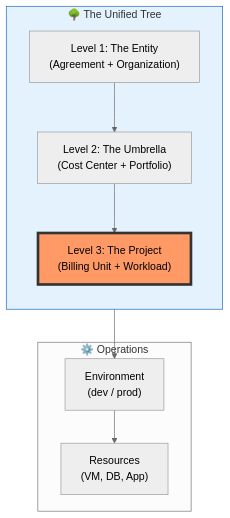
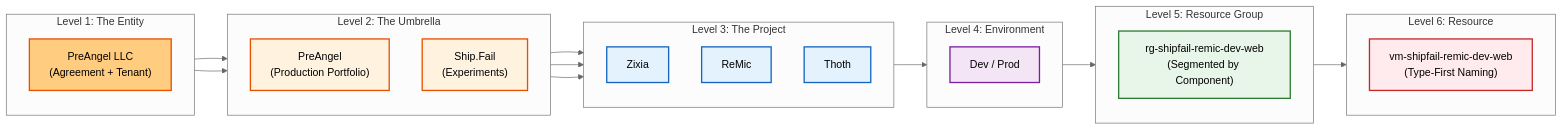
Before and after one commit to wechaty/jekyll: the diagram in jekyll/_posts/2025-11-29-ship-fail-azure-naming-playbook.md, drawn with Mermaid (neutral theme).

Commit message:
docs: update Mermaid diagram for Unified Tree playbook to enhance clarity and structure

````diff
--- a/jekyll/_posts/2025-11-29-ship-fail-azure-naming-playbook.md
+++ b/jekyll/_posts/2025-11-29-ship-fail-azure-naming-playbook.md
@@ -36,22 +36,53 @@
 ```mermaid
-graph TD
-    subgraph Unified_Tree ["🌳 The Unified Tree"]
+graph LR
+    %% Styling
+    classDef l1 fill:#ffcc80,stroke:#e65100,stroke-width:2px,color:black
+    classDef l2 fill:#fff3e0,stroke:#e65100,stroke-width:2px,color:black
+    classDef l3 fill:#e3f2fd,stroke:#1565c0,stroke-width:2px,color:black
+    classDef l4 fill:#f3e5f5,stroke:#7b1fa2,stroke-width:2px,color:black
+    classDef l5 fill:#e8f5e9,stroke:#2e7d32,stroke-width:2px,color:black
+    classDef l6 fill:#ffebee,stroke:#c62828,stroke-width:2px,color:black
+
+    subgraph Level1 ["Level 1: The Entity"]
         direction TB
-        Entity["Level 1: The Entity<br/>(Agreement + Organization)"]
-        Umbrella["Level 2: The Umbrella<br/>(Cost Center + Portfolio)"]
-        Project["Level 3: The Project<br/>(Billing Unit + Workload)"]
+        Root["PreAngel LLC<br/>(Agreement + Tenant)"]:::l1
     end
 
-    subgraph Operations ["⚙️ Operations"]
-        Env["Environment<br/>(dev / prod)"]
-        Res["Resources<br/>(VM, DB, App)"]
+    subgraph Level2 ["Level 2: The Umbrella"]
+        direction TB
+        Umb1["PreAngel<br/>(Production Portfolio)"]:::l2
+        Umb2["Ship.Fail<br/>(Experiments)"]:::l2
     end
 
-    Entity --> Umbrella
-    Umbrella --> Project
-    Project --> Env
-    Env --> Res
+    subgraph Level3 ["Level 3: The Project"]
+        direction TB
+        Prj1["Zixia"]:::l3
+        Prj2["ReMic"]:::l3
+        Prj3["Thoth"]:::l3
+    end
 
-    style Unified_Tree fill:#e3f2fd,stroke:#1565c0
-    style Project fill:#f96,stroke:#333,stroke-width:4px,color:black
+    subgraph Level4 ["Level 4: Environment"]
+        direction TB
+        Env["Dev / Prod"]:::l4
+    end
+
+    subgraph Level5 ["Level 5: Resource Group"]
+        direction TB
+        RG["rg-shipfail-remic-dev-web<br/>(Segmented by Component)"]:::l5
+    end
+
+    subgraph Level6 ["Level 6: Resource"]
+        direction TB
+        Res["vm-shipfail-remic-dev-web<br/>(Type-First Naming)"]:::l6
+    end
+
+    %% Connections
+    Root --> Umb1 & Umb2
+    Umb1 --> Prj1
+    Umb2 --> Prj2 & Prj3
+    
+    %% Focus on one path to keep it readable
+    Prj2 --> Env
+    Env --> RG
+    RG --> Res
 ```
````
